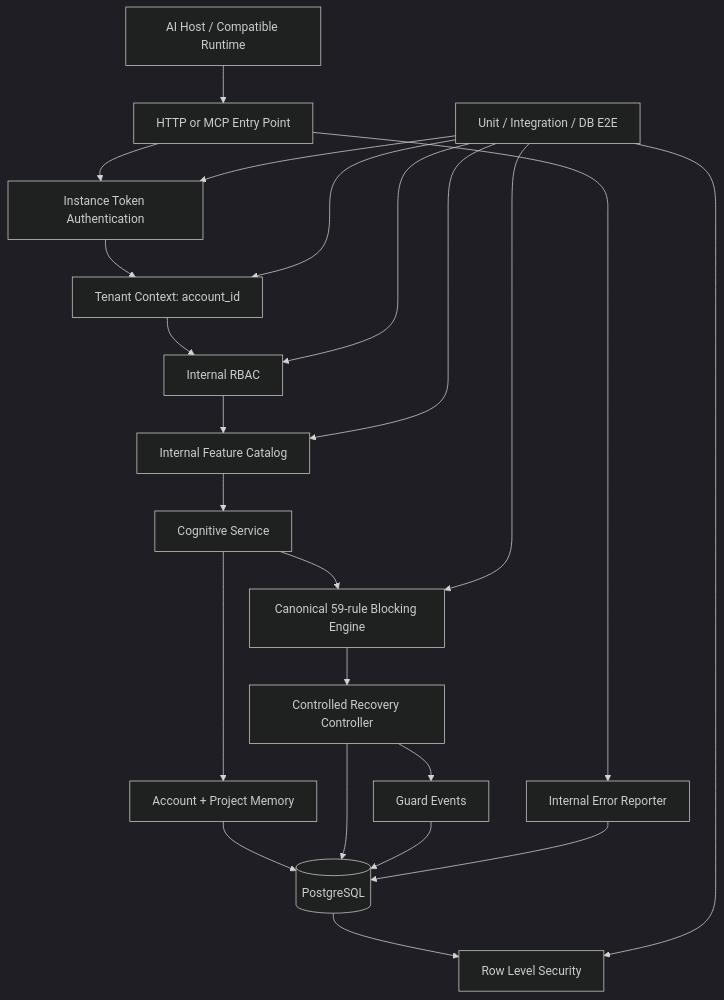
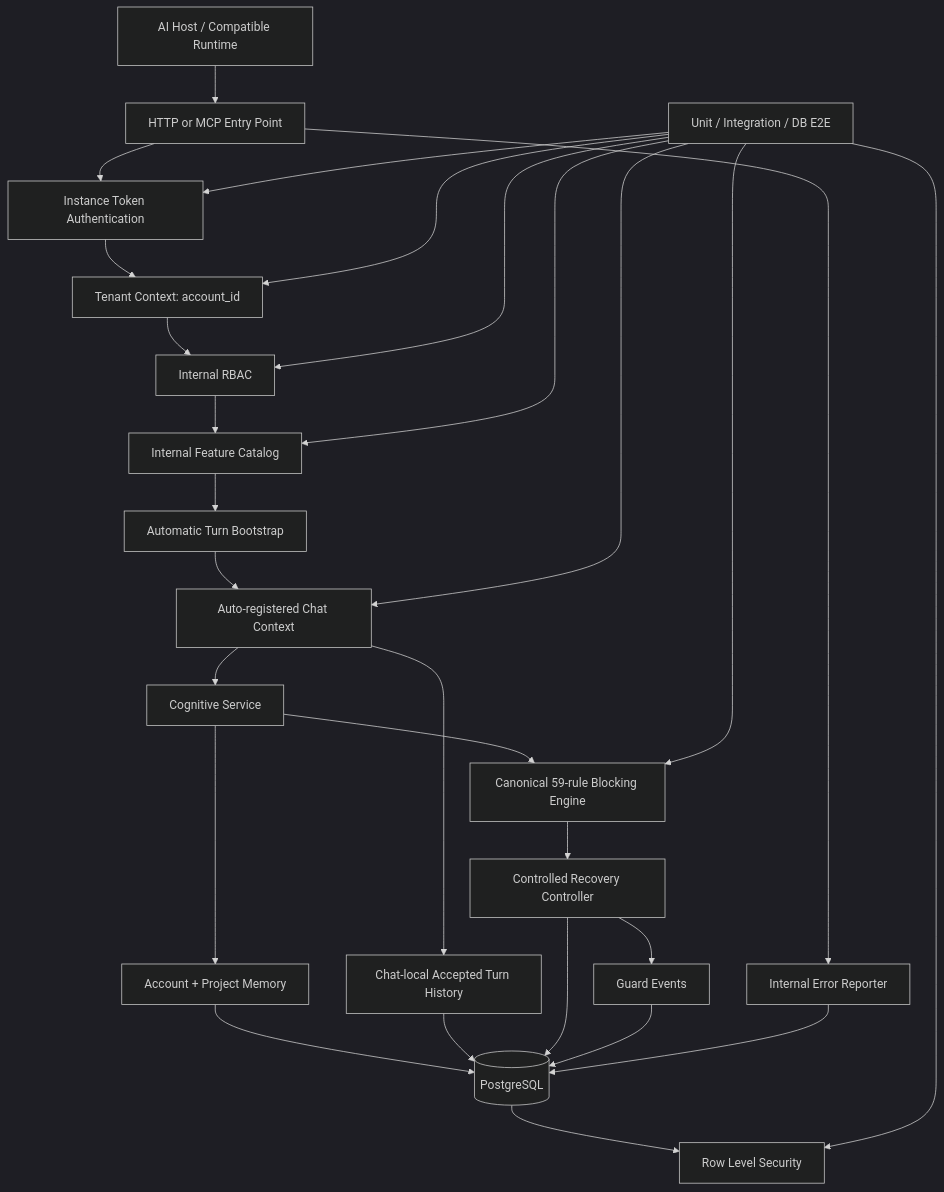
The first of 5 diagrams in plugins/cognitive-blocker/docs/SYSTEM-MAP.md (agent-guardrail-monitor/agent-guardrail-monitor), drawn with Mermaid (dark theme) before and after one commit. The commit also changed other lines of this file, not shown here.

Commit message:
docs: map always-on account and chat-local context

````diff
--- a/plugins/cognitive-blocker/docs/SYSTEM-MAP.md
+++ b/plugins/cognitive-blocker/docs/SYSTEM-MAP.md
@@ -18,25 +18,30 @@
 ```mermaid
 flowchart TD
   HOST[AI Host / Compatible Runtime] --> API[HTTP or MCP Entry Point]
   API --> AUTH[Instance Token Authentication]
   AUTH --> TENANT[Tenant Context: account_id]
   TENANT --> RBAC[Internal RBAC]
   RBAC --> FLAGS[Internal Feature Catalog]
-  FLAGS --> SERVICE[Cognitive Service]
+  FLAGS --> TURN[Automatic Turn Bootstrap]
+  TURN --> CHAT[Auto-registered Chat Context]
+  CHAT --> SERVICE[Cognitive Service]
   SERVICE --> MEMORY[Account + Project Memory]
+  CHAT --> HISTORY[Chat-local Accepted Turn History]
   SERVICE --> ENGINE[Canonical 59-rule Blocking Engine]
   ENGINE --> RECOVERY[Controlled Recovery Controller]
   MEMORY --> DB[(PostgreSQL)]
+  HISTORY --> DB
   RECOVERY --> EVENTS[Guard Events]
   RECOVERY --> DB
   EVENTS --> DB
   DB --> RLS[Row Level Security]
   API --> ERRORS[Internal Error Reporter]
   ERRORS --> DB
   TESTS[Unit / Integration / DB E2E] --> AUTH
   TESTS --> TENANT
   TESTS --> RBAC
   TESTS --> FLAGS
   TESTS --> ENGINE
+  TESTS --> CHAT
   TESTS --> RLS
 ```
````
